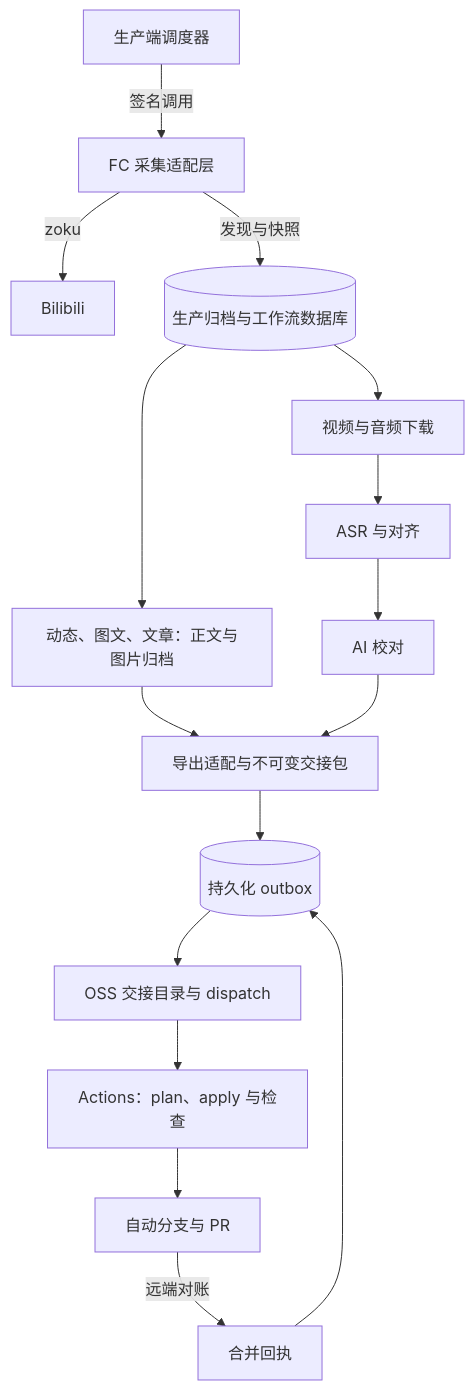
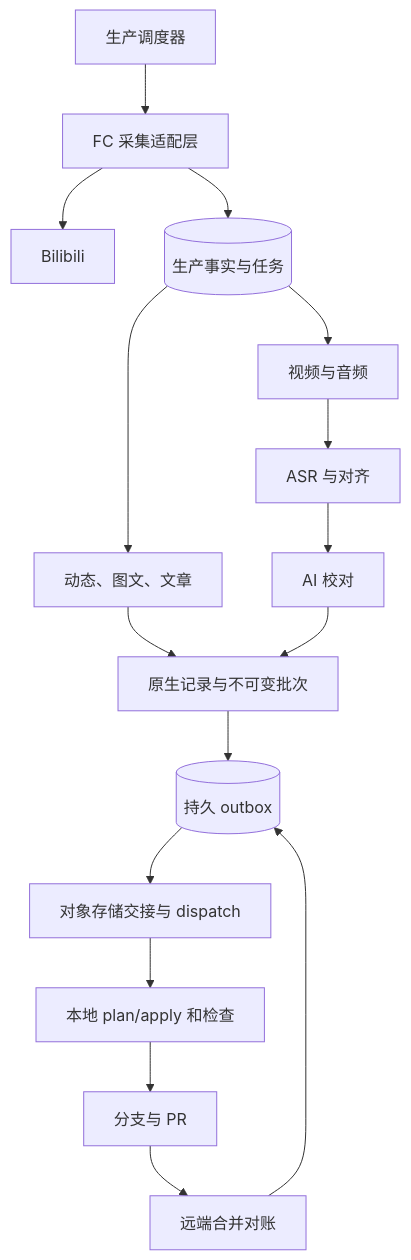
Before and after one commit to chosenecho/weimingzi-data: the diagram in docs/INCREMENTAL-INGEST-SPEC.md, drawn with Mermaid. The commit also changed other lines of this file and 8716 other files, not shown here.

````diff
--- a/docs/INCREMENTAL-INGEST-SPEC.md
+++ b/docs/INCREMENTAL-INGEST-SPEC.md
@@ -26,18 +25,18 @@
 ```mermaid
 flowchart TD
-  Scheduler[生产端调度器] -->|签名调用| FC[FC 采集适配层]
-  FC -->|zoku| Bili[Bilibili]
-  FC -->|发现与快照| State[(生产归档与工作流数据库)]
-  State --> Text[动态、图文、文章：正文与图片归档]
-  State --> Video[视频与音频下载]
+  Scheduler[生产调度器] --> FC[FC 采集适配层]
+  FC --> Bili[Bilibili]
+  FC --> State[(生产事实与任务)]
+  State --> Text[动态、图文、文章]
+  State --> Video[视频与音频]
   Video --> ASR[ASR 与对齐]
   ASR --> AI[AI 校对]
-  Text --> Export[导出适配与不可变交接包]
+  Text --> Export[原生记录与不可变批次]
   AI --> Export
-  Export --> Outbox[(持久化 outbox)]
-  Outbox --> Delivery[OSS 交接目录与 dispatch]
-  Delivery --> Receiver[Actions：plan、apply 与检查]
-  Receiver --> PR[自动分支与 PR]
-  PR -->|远端对账| Receipt[合并回执]
+  Export --> Outbox[(持久 outbox)]
+  Outbox --> Delivery[对象存储交接与 dispatch]
+  Delivery --> Receiver[本地 plan/apply 和检查]
+  Receiver --> PR[分支与 PR]
+  PR --> Receipt[远端合并对账]
   Receipt --> Outbox
 ```
````
